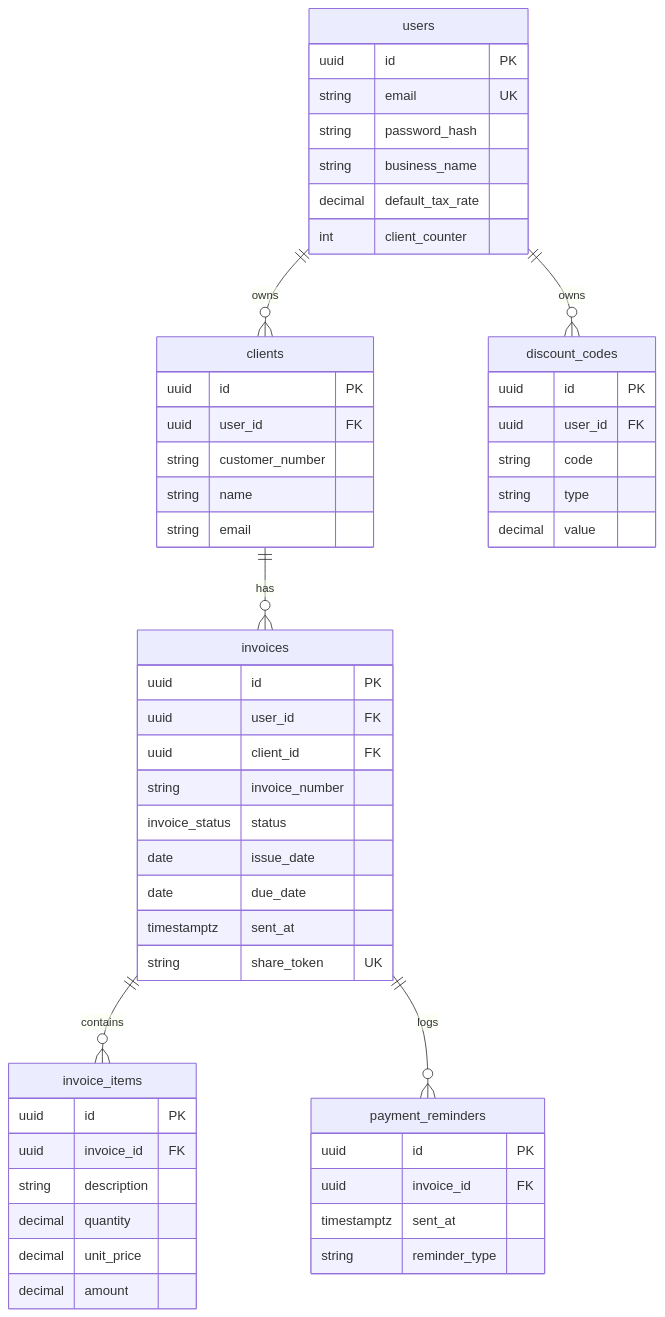
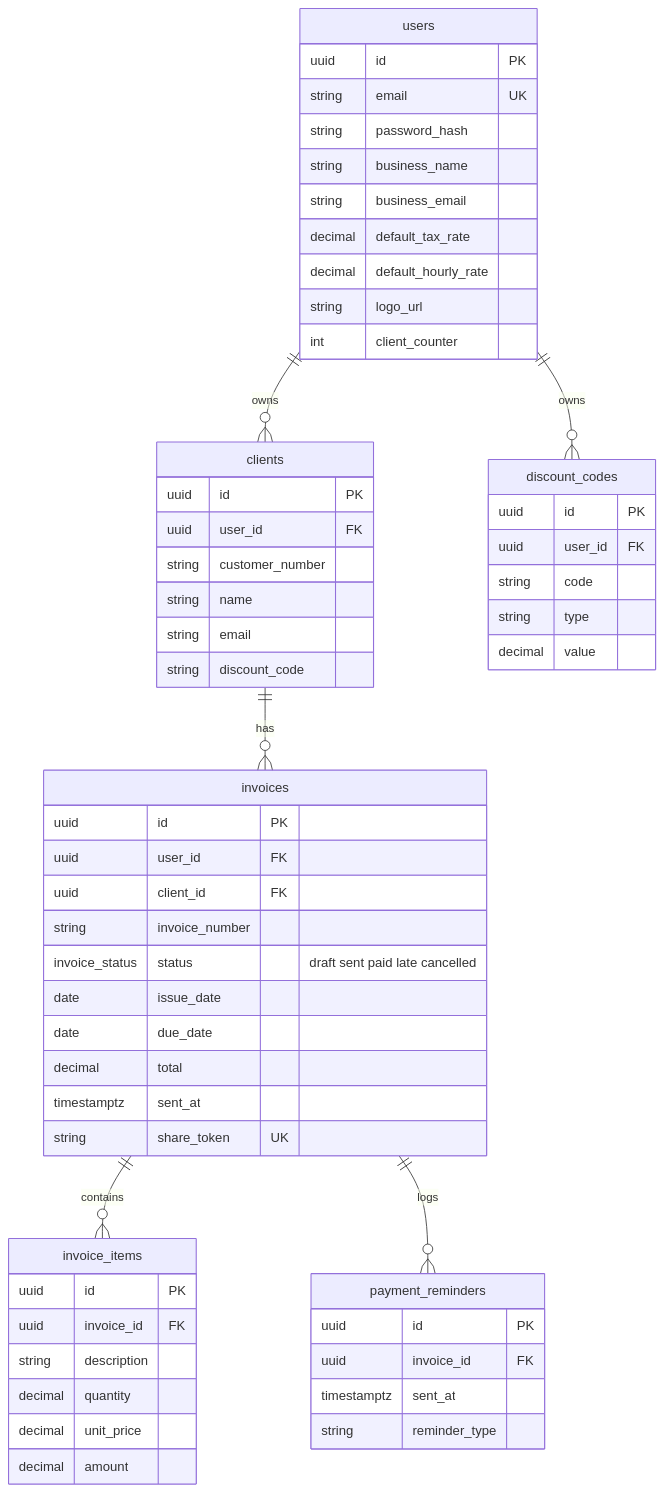
Before and after one commit to becomeonewiththecode/invoicing: the diagram in docs/database/diagram.md, drawn with Mermaid. The commit also changed 5 other files, not shown here.

Commit message:
feat: force-delete clients with invoices, updated diagrams and frontend docs

````diff
--- a/docs/database/diagram.md
+++ b/docs/database/diagram.md
@@ -3,61 +3,66 @@
 ```mermaid
 erDiagram
   users ||--o{ clients : owns
   users ||--o{ discount_codes : owns
   clients ||--o{ invoices : has
   invoices ||--o{ invoice_items : contains
   invoices ||--o{ payment_reminders : logs
 
   users {
     uuid id PK
     string email UK
     string password_hash
     string business_name
+    string business_email
     decimal default_tax_rate
+    decimal default_hourly_rate
+    string logo_url
     int client_counter
   }
 
   clients {
     uuid id PK
     uuid user_id FK
     string customer_number
     string name
     string email
+    string discount_code
   }
 
   invoices {
     uuid id PK
     uuid user_id FK
     uuid client_id FK
     string invoice_number
-    invoice_status status
+    invoice_status status "draft sent paid late cancelled"
     date issue_date
     date due_date
+    decimal total
     timestamptz sent_at
     string share_token UK
   }
 
   invoice_items {
     uuid id PK
     uuid invoice_id FK
     string description
     decimal quantity
     decimal unit_price
     decimal amount
   }
 
   discount_codes {
     uuid id PK
     uuid user_id FK
     string code
     string type
     decimal value
   }
 
   payment_reminders {
     uuid id PK
     uuid invoice_id FK
     timestamptz sent_at
     string reminder_type
   }
 ```
````
